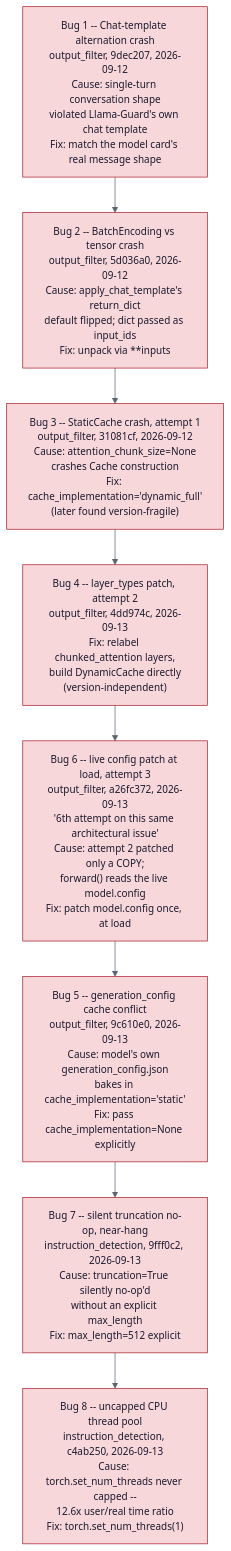
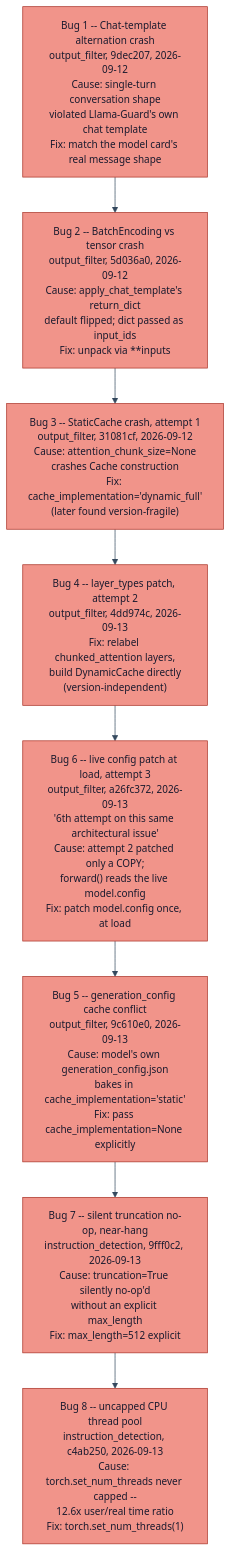
One commit to Simarjit1303/rag-adversarial-robustness changed the tenth of 11 diagrams in docs/THESIS_ARCHITECTURE.md. Above: the diagram before and after it, drawn with Mermaid. The commit also changed other lines of this file, not shown here.

First line of the commit message:
Enrich THESIS_ARCHITECTURE.md diagram palette for visual variety

````diff
--- a/docs/THESIS_ARCHITECTURE.md
+++ b/docs/THESIS_ARCHITECTURE.md
@@ -259,17 +259,17 @@
 ```mermaid
-%%{init: {'theme':'base','themeVariables':{'primaryColor':'#eef2f7','primaryTextColor':'#1a1a2e','primaryBorderColor':'#37517e','lineColor':'#5a6472','secondaryColor':'#eef2f7','secondaryTextColor':'#1a1a2e','secondaryBorderColor':'#37517e','tertiaryColor':'#eef2f7','tertiaryTextColor':'#1a1a2e','tertiaryBorderColor':'#37517e','edgeLabelBackground':'#ffffff','clusterBkg':'#eef2f7','clusterBorder':'#37517e','titleColor':'#1a1a2e','textColor':'#1a1a2e','fontSize':'14px'}}}%%
+%%{init: {'theme':'base','themeVariables':{'primaryColor':'#85c1e9','primaryTextColor':'#1a1a2e','primaryBorderColor':'#1a5276','lineColor':'#34495e','secondaryColor':'#85c1e9','secondaryTextColor':'#1a1a2e','secondaryBorderColor':'#1a5276','tertiaryColor':'#85c1e9','tertiaryTextColor':'#1a1a2e','tertiaryBorderColor':'#1a5276','edgeLabelBackground':'#ffffff','clusterBkg':'#d6eaf8','clusterBorder':'#1a5276','titleColor':'#1a1a2e','textColor':'#1a1a2e','fontSize':'14px'}}}%%
 flowchart TD
     B1["Bug 1 -- Chat-template alternation crash<br/>output_filter, 9dec207, 2026-09-12<br/>Cause: single-turn conversation shape<br/>violated Llama-Guard's own chat template<br/>Fix: match the model card's real message shape"]
     B2["Bug 2 -- BatchEncoding vs tensor crash<br/>output_filter, 5d036a0, 2026-09-12<br/>Cause: apply_chat_template's return_dict<br/>default flipped; dict passed as input_ids<br/>Fix: unpack via **inputs"]
     B3["Bug 3 -- StaticCache crash, attempt 1<br/>output_filter, 31081cf, 2026-09-12<br/>Cause: attention_chunk_size=None<br/>crashes Cache construction<br/>Fix: cache_implementation='dynamic_full'<br/>(later found version-fragile)"]
     B4["Bug 4 -- layer_types patch, attempt 2<br/>output_filter, 4dd974c, 2026-09-13<br/>Fix: relabel chunked_attention layers,<br/>build DynamicCache directly<br/>(version-independent)"]
     B6["Bug 6 -- live config patch at load, attempt 3<br/>output_filter, a26fc372, 2026-09-13<br/>'6th attempt on this same architectural issue'<br/>Cause: attempt 2 patched only a COPY;<br/>forward() reads the live model.config<br/>Fix: patch model.config once, at load"]
     B5["Bug 5 -- generation_config cache conflict<br/>output_filter, 9c610e0, 2026-09-13<br/>Cause: model's own generation_config.json<br/>bakes in cache_implementation='static'<br/>Fix: pass cache_implementation=None explicitly"]
     B7["Bug 7 -- silent truncation no-op, near-hang<br/>instruction_detection, 9fff0c2, 2026-09-13<br/>Cause: truncation=True silently no-op'd<br/>without an explicit max_length<br/>Fix: max_length=512 explicit"]
     B8["Bug 8 -- uncapped CPU thread pool<br/>instruction_detection, c4ab250, 2026-09-13<br/>Cause: torch.set_num_threads never capped --<br/>12.6x user/real time ratio<br/>Fix: torch.set_num_threads(1)"]
 
     B1 --> B2 --> B3 --> B4 --> B6 --> B5 --> B7 --> B8
 
-    classDef bug fill:#f8d7da,stroke:#a71d2a,color:#1a1a2e
+    classDef bug fill:#f1948a,stroke:#a93226,color:#1a1a2e
     class B1,B2,B3,B4,B5,B6,B7,B8 bug
 ```
````
